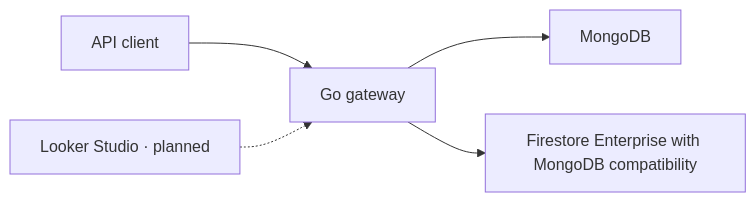
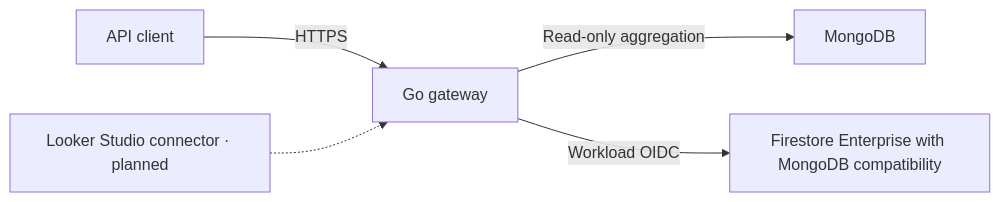
The diagram in README.md (Hexcss/mongo-looker-connector), drawn with Mermaid before and after one commit. The commit also changed other lines of this file and 6 other files, not shown here.

Commit message:
chore: package the gateway and verify a MongoDB report end to end

````diff
--- a/README.md
+++ b/README.md
@@ -11,7 +33,7 @@
 ```mermaid
 flowchart LR
-    client["API client"] --> gateway["Go gateway"]
-    looker["Looker Studio · planned"] -.-> gateway
-    gateway --> mongo["MongoDB"]
-    gateway --> firestore["Firestore Enterprise with MongoDB compatibility"]
+    client["API client"] -->|HTTPS| gateway["Go gateway"]
+    looker["Looker Studio connector · planned"] -.-> gateway
+    gateway -->|Read-only aggregation| mongo["MongoDB"]
+    gateway -->|Workload OIDC| firestore["Firestore Enterprise with MongoDB compatibility"]
 ```
````
